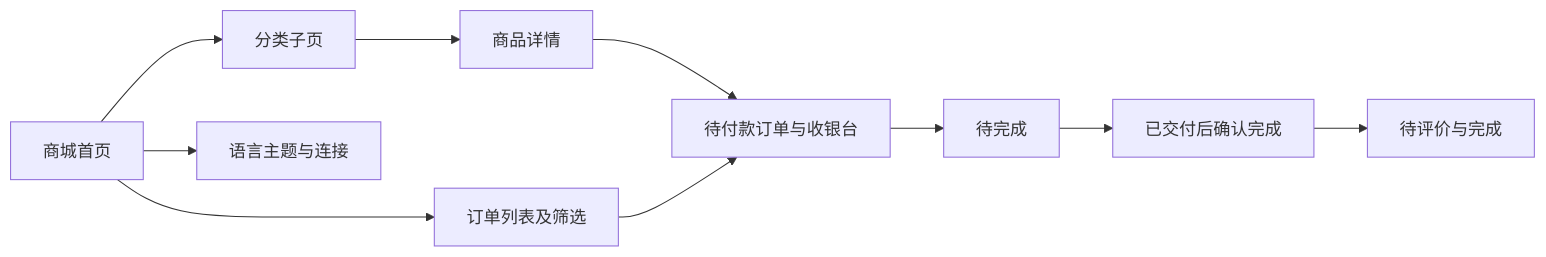
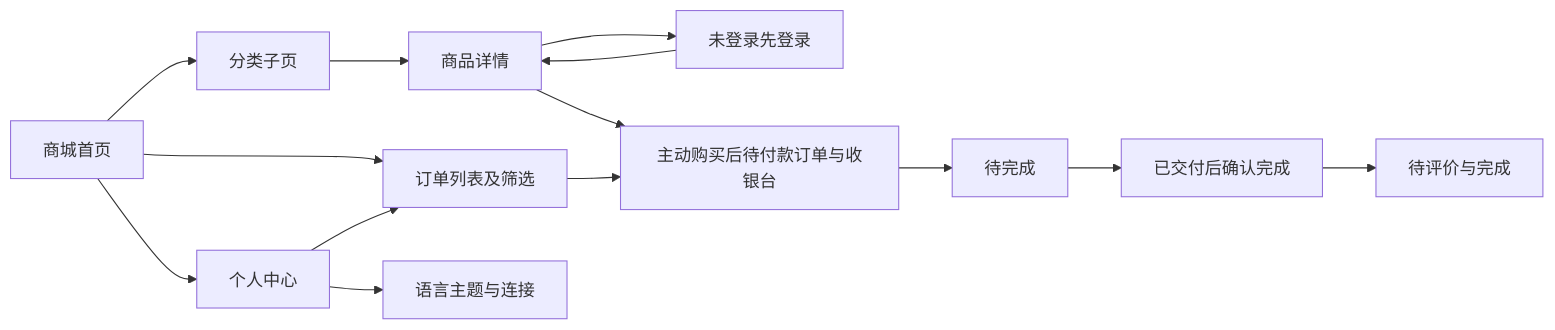
Before and after one commit to JobsKits/AcademicServices: the diagram in 代码/前端/微信小程序/代码地图/代码地图.md, drawn with Mermaid. The commit also changed other lines of this file and 369 other files, not shown here.

````diff
--- a/代码/前端/微信小程序/代码地图/代码地图.md
+++ b/代码/前端/微信小程序/代码地图/代码地图.md
@@ -32,12 +36,16 @@
 ```mermaid
 flowchart LR
   Home[商城首页] --> Category[分类子页]
   Category --> Product[商品详情]
-  Product --> Order[待付款订单与收银台]
+  Product --> Login[未登录先登录]
+  Login --> Product
+  Product --> Order[主动购买后待付款订单与收银台]
   Order --> Payment[待完成]
   Payment --> Accept[已交付后确认完成]
   Accept --> Review[待评价与完成]
   Home --> Orders[订单列表及筛选]
   Orders --> Order
-  Home --> Settings[语言主题与连接]
+  Home --> Profile[个人中心]
+  Profile --> Orders
+  Profile --> Settings[语言主题与连接]
 ```
````
